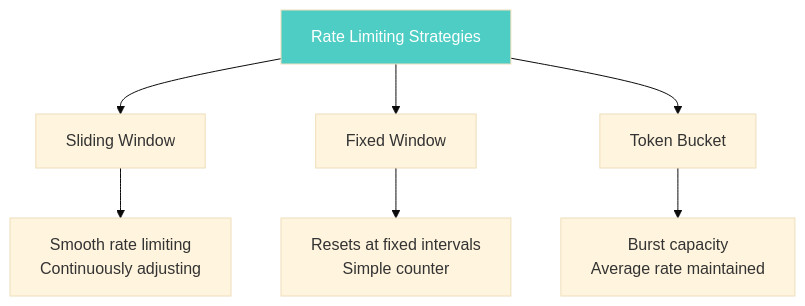
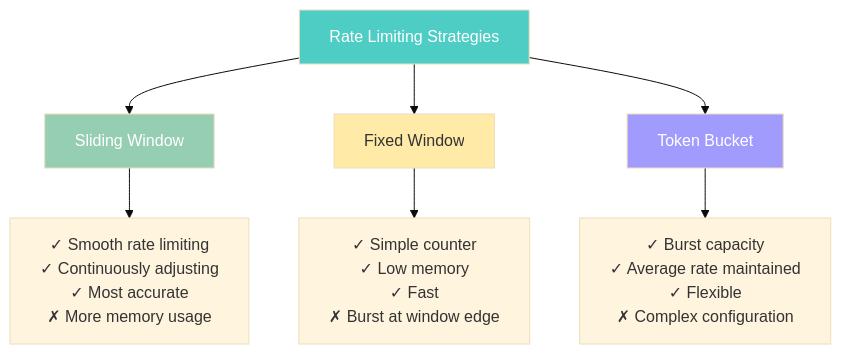
Diagram 20 of 36 in docs/06-controllers.md (abhayraj-ops/Cake-Learn), drawn with Mermaid (base theme) before and after one commit. The commit also changed other lines of this file, not shown here.

Commit message:
Enhance Controllers page with comprehensive diagrams and detailed code explanations

````diff
--- a/docs/06-controllers.md
+++ b/docs/06-controllers.md
@@ -670,12 +1213,15 @@
 ```mermaid
 graph TB
     A[Rate Limiting Strategies] --> B[Sliding Window]
     A --> C[Fixed Window]
     A --> D[Token Bucket]
 
-    B --> B1[Smooth rate limiting<br/>Continuously adjusting]
-    C --> C1[Resets at fixed intervals<br/>Simple counter]
-    D --> D1[Burst capacity<br/>Average rate maintained]
+    B --> B1[✓ Smooth rate limiting<br/>✓ Continuously adjusting<br/>✓ Most accurate<br/>✗ More memory usage]
+    C --> C1[✓ Simple counter<br/>✓ Low memory<br/>✓ Fast<br/>✗ Burst at window edge]
+    D --> D1[✓ Burst capacity<br/>✓ Average rate maintained<br/>✓ Flexible<br/>✗ Complex configuration]
 
     style A fill:#4ecdc4,color:#fff
+    style B fill:#96ceb4,color:#fff
+    style C fill:#ffeaa7,color:#333
+    style D fill:#a29bfe,color:#fff
 ```
````
